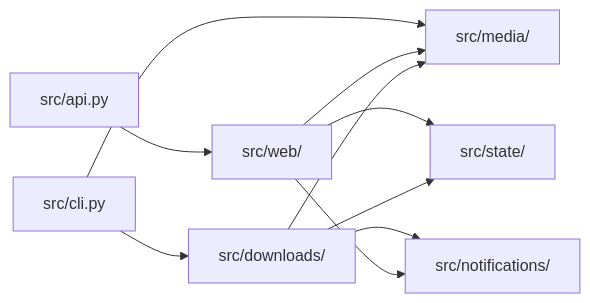
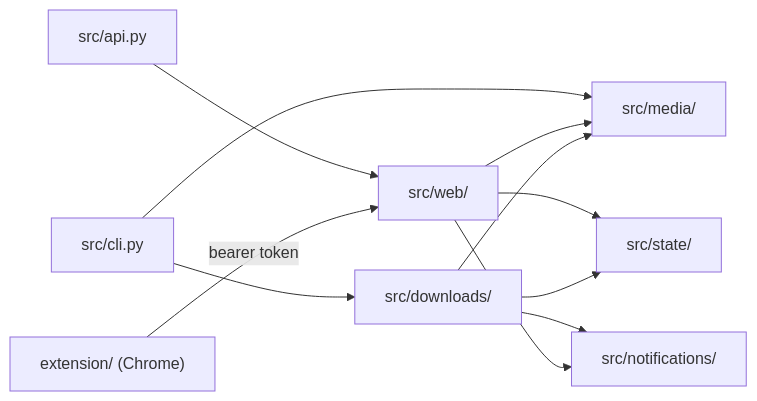
Before and after one commit to GerardWu100/podcast-downloader: the diagram in docs/architecture.md, drawn with Mermaid. The commit also changed other lines of this file and 27 other files, not shown here.

````diff
--- a/docs/architecture.md
+++ b/docs/architecture.md
@@ -10,12 +10,13 @@
 ```mermaid
 flowchart LR
     API["src/api.py"] --> Web["src/web/"]
+    Extension["extension/ (Chrome)"] -->|"bearer token"| Web
     CLI["src/cli.py"] --> Downloads["src/downloads/"]
     CLI --> Media["src/media/"]
     Web --> Media
     Web --> State["src/state/"]
     Downloads --> Media
     Downloads --> State
     Downloads --> Notify["src/notifications/"]
     Web --> Notify
 ```
````
